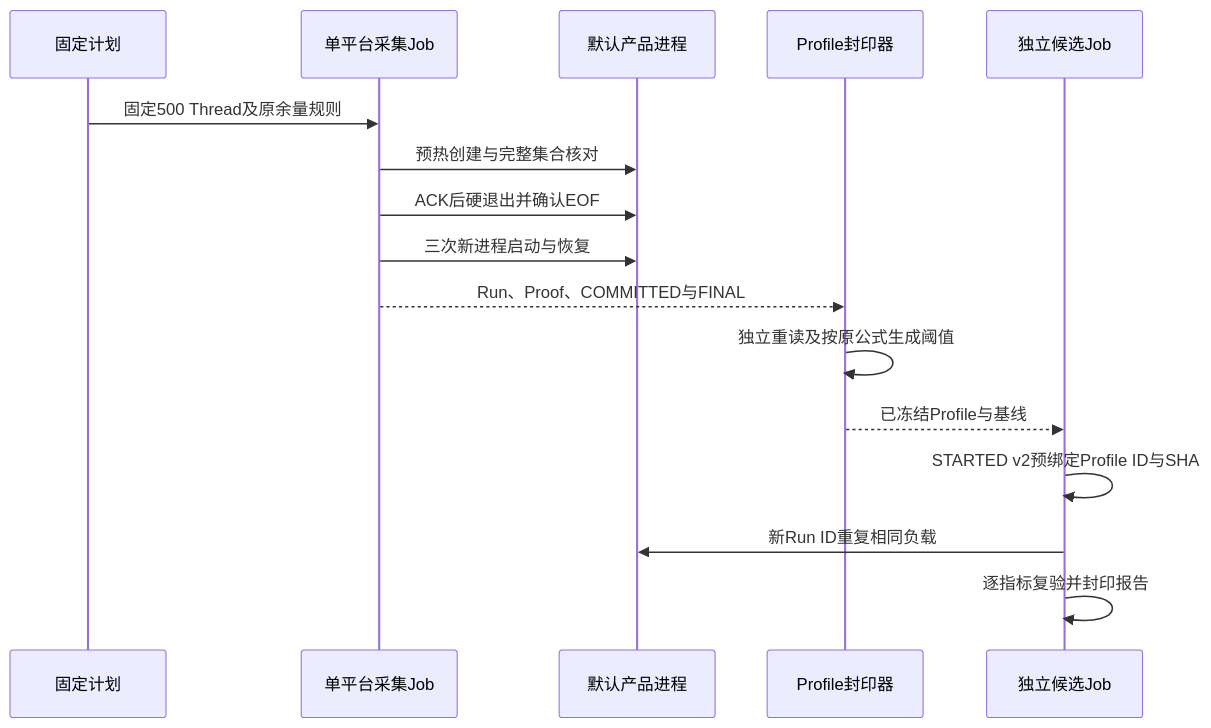
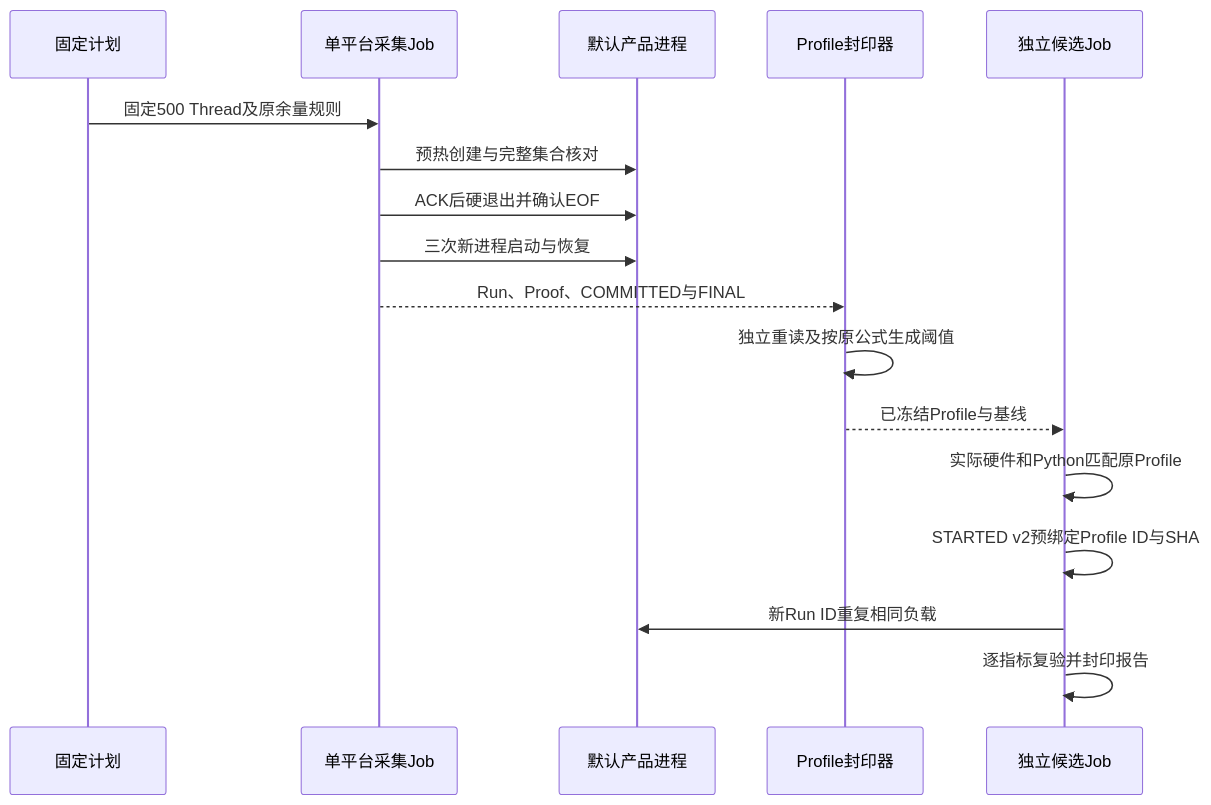
One commit to carrie1988/Harnessix changed the second of 3 diagrams in docs/changes/m09-r1-authenticated-restart-baseline.md. Above: the diagram before and after it, drawn with Mermaid. The commit also changed other lines of this file and 47 other files, not shown here.

````diff
--- a/docs/changes/m09-r1-authenticated-restart-baseline.md
+++ b/docs/changes/m09-r1-authenticated-restart-baseline.md
@@ -82,18 +82,19 @@
 ```mermaid
 sequenceDiagram
     participant P as 固定计划
     participant J as 单平台采集Job
     participant S as 默认产品进程
     participant F as Profile封印器
     participant C as 独立候选Job
     P->>J: 固定500 Thread及原余量规则
     J->>S: 预热创建与完整集合核对
     J->>S: ACK后硬退出并确认EOF
     J->>S: 三次新进程启动与恢复
     J-->>F: Run、Proof、COMMITTED与FINAL
     F->>F: 独立重读及按原公式生成阈值
     F-->>C: 已冻结Profile与基线
+    C->>C: 实际硬件和Python匹配原Profile
     C->>C: STARTED v2预绑定Profile ID与SHA
     C->>S: 新Run ID重复相同负载
     C->>C: 逐指标复验并封印报告
 ```
````
